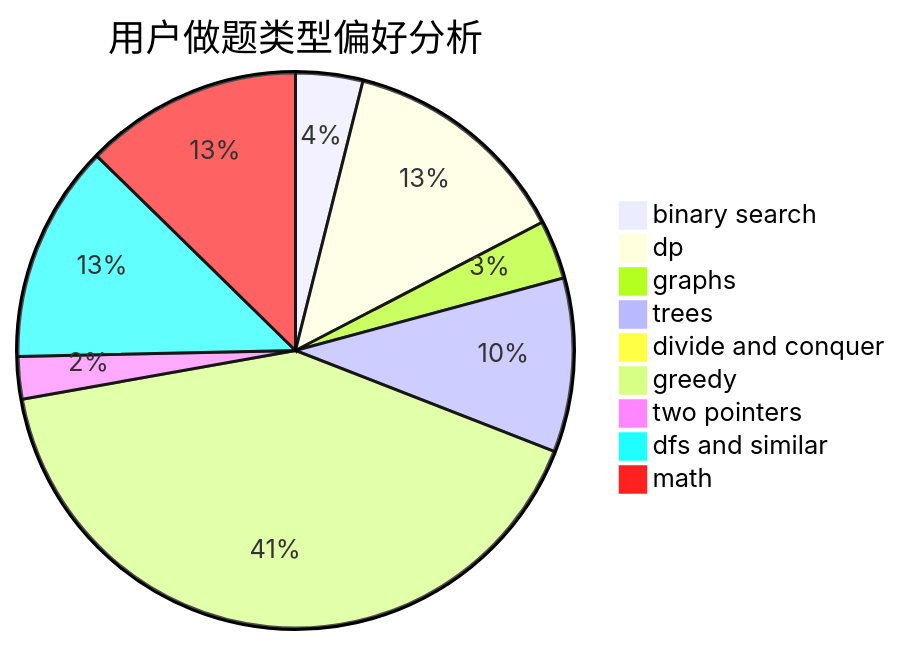
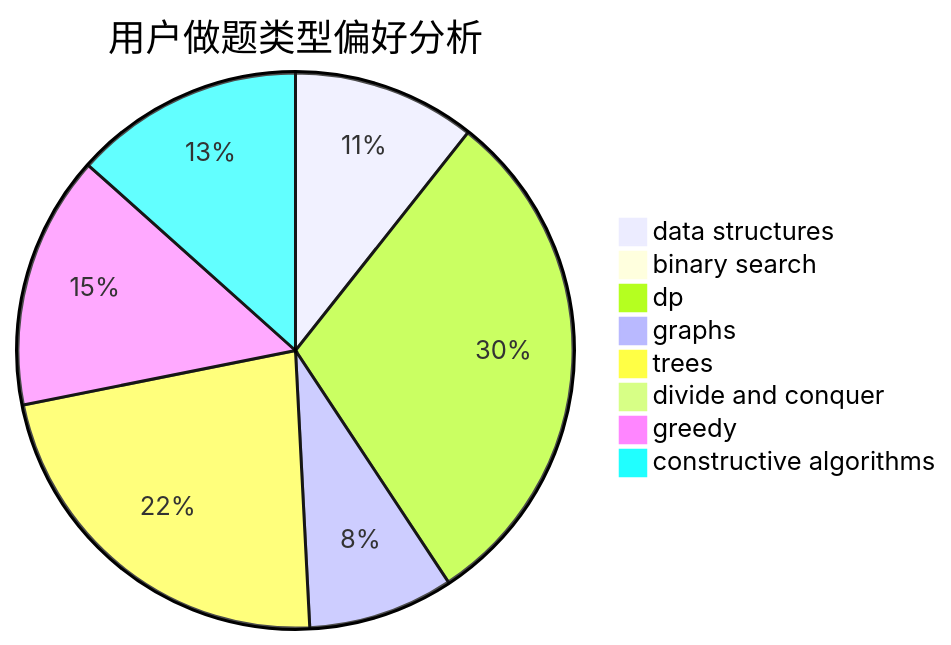
The second of 3 diagrams in docs/user/u851.md (sherpahu/cfrs.github.io), drawn with Mermaid before and after one commit. The commit also changed other lines of this file and 2775 other files, not shown here.

````diff
--- a/docs/user/u851.md
+++ b/docs/user/u851.md
@@ -23,12 +23,11 @@
 ```mermaid
 pie title 用户做题类型偏好分析
-    "binary search" :  49
-    "dp" :  169
-    "graphs" :  43
-    "trees" :  127
-    "divide and conquer" :  6
-    "greedy" :  518
-    "two pointers" :  31
-    "dfs and similar" :  159
-    "math" :  159
+    "data structures" :  39
+    "binary search" :  3
+    "dp" :  110
+    "graphs" :  31
+    "trees" :  83
+    "divide and conquer" :  0
+    "greedy" :  54
+    "constructive algorithms" :  49
 ```
````
